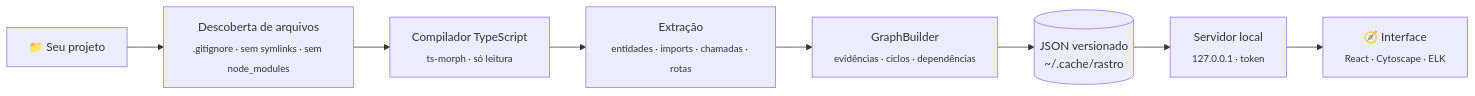
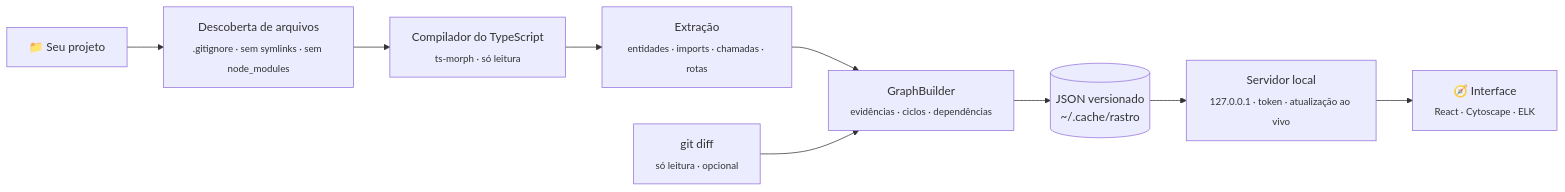
The diagram in README.pt-BR.md (MongeAI/rastro), drawn with Mermaid before and after one commit. The commit also changed other lines of this file and 7 other files, not shown here.

First line of the commit message:
README e README.pt-BR da 0.2, CHANGELOG, ROADMAP e GIFs EN/PT; paleta prioriza entidades com 1-2 letras

````diff
--- a/README.pt-BR.md
+++ b/README.pt-BR.md
@@ -159,10 +203,11 @@
 ```mermaid
 flowchart LR
   A[📁 Seu projeto] --> B[Descoberta de arquivos<br/><sub>.gitignore · sem symlinks · sem node_modules</sub>]
-  B --> C[Compilador TypeScript<br/><sub>ts-morph · só leitura</sub>]
+  B --> C[Compilador do TypeScript<br/><sub>ts-morph · só leitura</sub>]
   C --> D[Extração<br/><sub>entidades · imports · chamadas · rotas</sub>]
   D --> E[GraphBuilder<br/><sub>evidências · ciclos · dependências</sub>]
+  G2[git diff<br/><sub>só leitura · opcional</sub>] --> E
   E --> F[(JSON versionado<br/>~/.cache/rastro)]
-  F --> G[Servidor local<br/><sub>127.0.0.1 · token</sub>]
+  F --> G[Servidor local<br/><sub>127.0.0.1 · token · atualização ao vivo</sub>]
   G --> H[🧭 Interface<br/><sub>React · Cytoscape · ELK</sub>]
 ```
````
